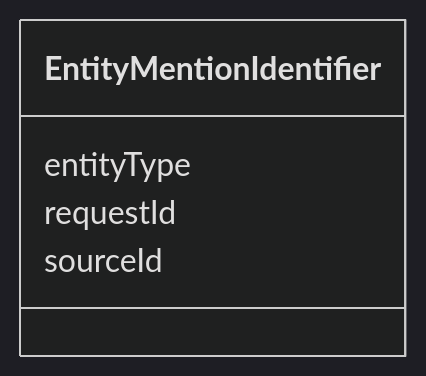
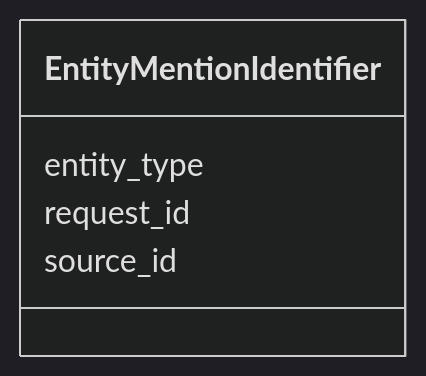
Before and after one commit to OP-TED/entity-resolution-spec: the diagram in docs/schema/EntityMentionIdentifier.md, drawn with Mermaid (dark theme). The commit also changed other lines of this file and 88 other files, not shown here.

````diff
--- a/docs/schema/EntityMentionIdentifier.md
+++ b/docs/schema/EntityMentionIdentifier.md
@@ -32,12 +32,12 @@
 ```mermaid
  classDiagram
     class EntityMentionIdentifier
     click EntityMentionIdentifier href "../EntityMentionIdentifier/"
-      EntityMentionIdentifier : entityType
+      EntityMentionIdentifier : entity_type
         
-      EntityMentionIdentifier : requestId
+      EntityMentionIdentifier : request_id
         
-      EntityMentionIdentifier : sourceId
+      EntityMentionIdentifier : source_id
         
       
 ```
````
